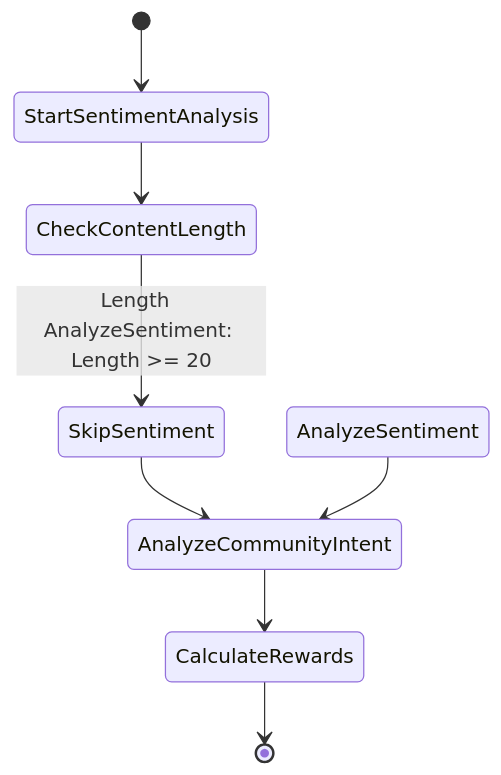
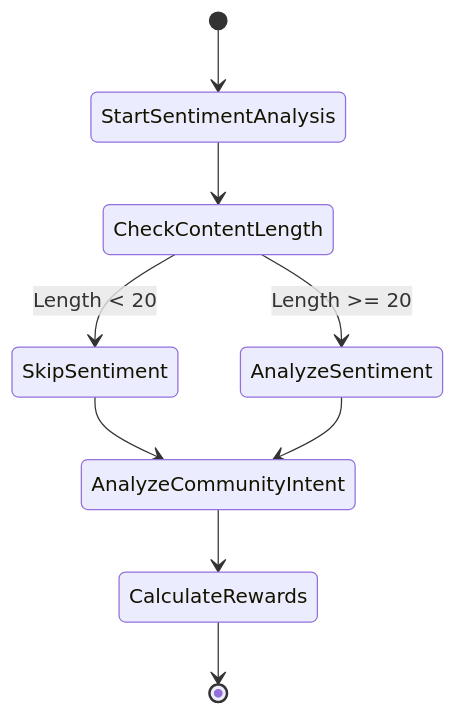
One commit to katjpg/bloom-ai-dashboard changed the second of 2 diagrams in backend/README.md. Above: the diagram before and after it, drawn with Mermaid.

Commit message:
fixing parsing error for mermaid stateDiagram

````diff
--- a/backend/README.md
+++ b/backend/README.md
@@ -80,10 +80,12 @@
 ```mermaid
 stateDiagram-v2
     [*] --> StartSentimentAnalysis
     StartSentimentAnalysis --> CheckContentLength
-    CheckContentLength --> SkipSentiment: Length  AnalyzeSentiment: Length >= 20
+    CheckContentLength --> SkipSentiment: Length < 20
+    CheckContentLength --> AnalyzeSentiment: Length >= 20
     SkipSentiment --> AnalyzeCommunityIntent
     AnalyzeSentiment --> AnalyzeCommunityIntent
     AnalyzeCommunityIntent --> CalculateRewards
     CalculateRewards --> [*]
+
 ```
````
